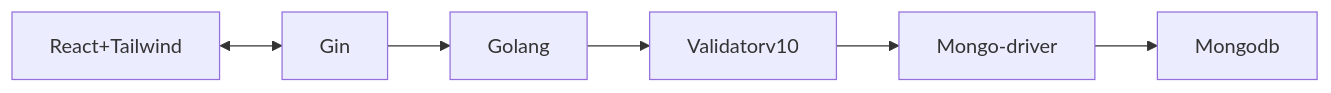
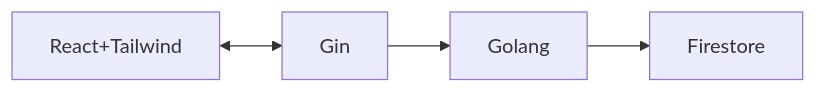
Before and after one commit to SanjeebLama/golang_workspace: the diagram in react-go-app/README.md, drawn with Mermaid. The commit also changed other lines of this file and 19 other files, not shown here.

````diff
--- a/react-go-app/README.md
+++ b/react-go-app/README.md
@@ -35,9 +36,7 @@
 ```mermaid
 
 flowchart LR;
     React+Tailwind<-->Gin;
     Gin-->Golang;
-    Golang-->Validatorv10;
-    Validatorv10 --> Mongo-driver
-    Mongo-driver-->Mongodb
+    Golang-->Firestore;
 ```
````
